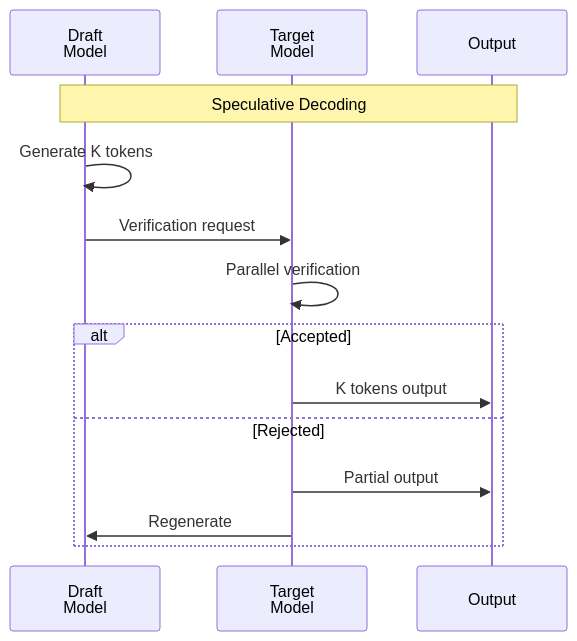
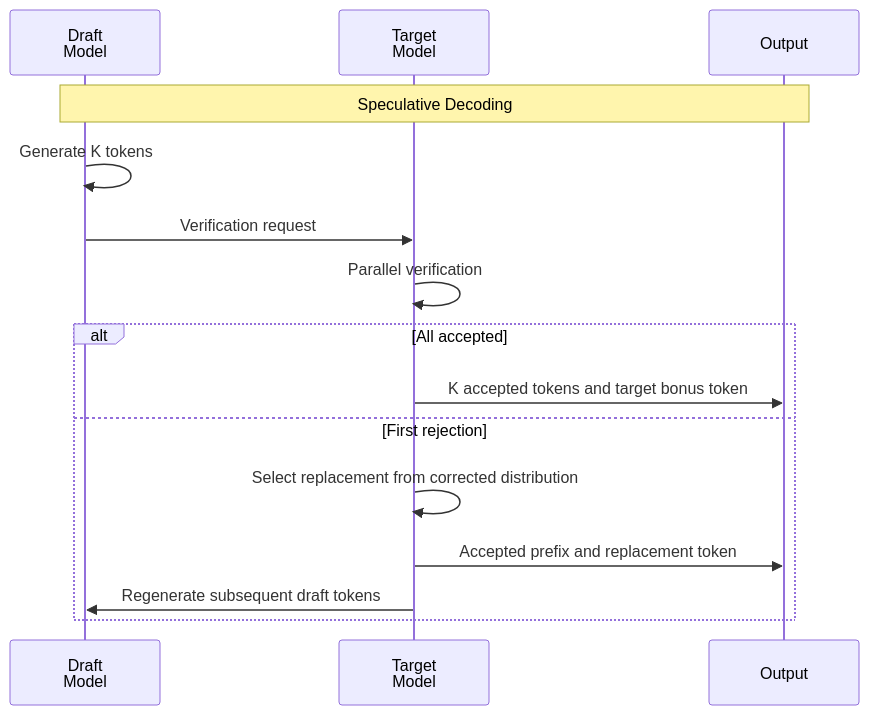
The sixth of 6 diagrams in i18n/en/docusaurus-plugin-content-docs/current/agentic-ai-platform/model-serving/inference-frameworks/moe-model-serving.md (devfloor9/engineering-playbook), drawn with Mermaid before and after one commit. The commit also changed other lines of this file and 13 other files, not shown here.

````diff
--- a/i18n/en/docusaurus-plugin-content-docs/current/agentic-ai-platform/model-serving/inference-frameworks/moe-model-serving.md
+++ b/i18n/en/docusaurus-plugin-content-docs/current/agentic-ai-platform/model-serving/inference-frameworks/moe-model-serving.md
@@ -354,19 +425,20 @@
 ```mermaid
 sequenceDiagram
     participant Draft as Draft<br/>Model
     participant Target as Target<br/>Model
     participant Out as Output
 
     Note over Draft,Out: Speculative Decoding
 
     Draft->>Draft: Generate K tokens
     Draft->>Target: Verification request
     Target->>Target: Parallel verification
 
-    alt Accepted
-        Target->>Out: K tokens output
-    else Rejected
-        Target->>Out: Partial output
-        Target->>Draft: Regenerate
+    alt All accepted
+        Target->>Out: K accepted tokens and target bonus token
+    else First rejection
+        Target->>Target: Select replacement from corrected distribution
+        Target->>Out: Accepted prefix and replacement token
+        Target->>Draft: Regenerate subsequent draft tokens
     end
 ```
````
